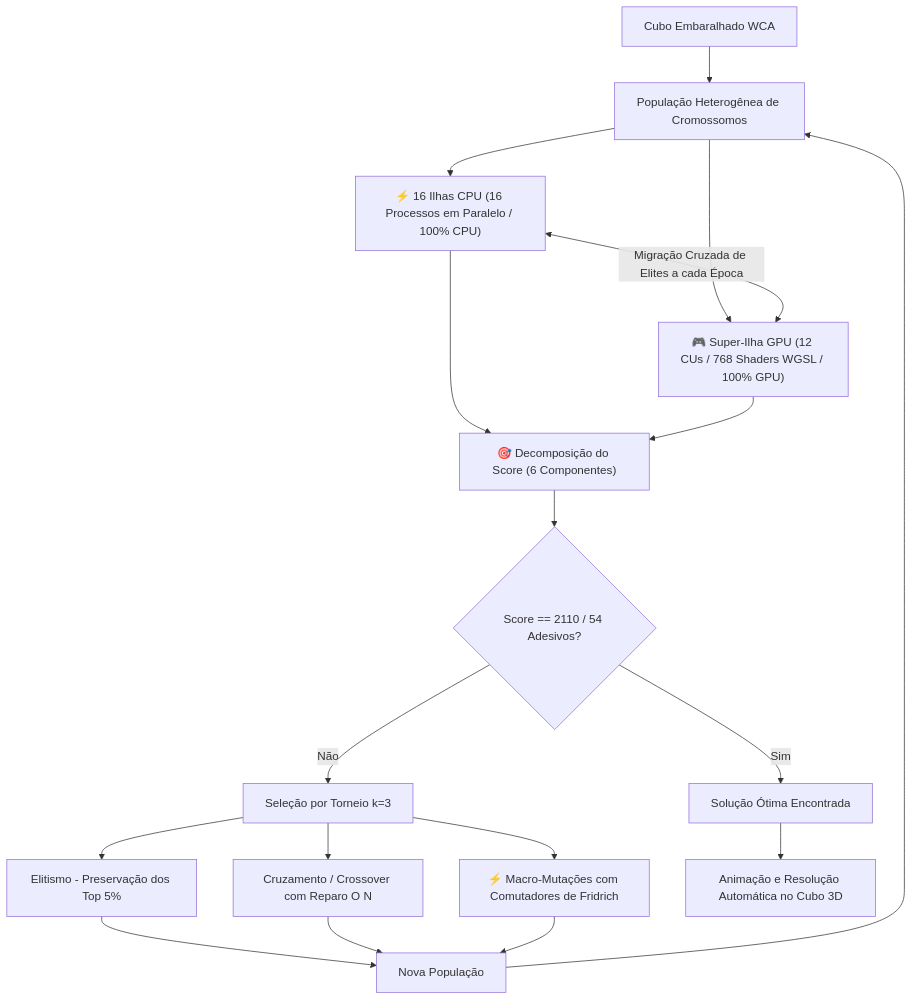
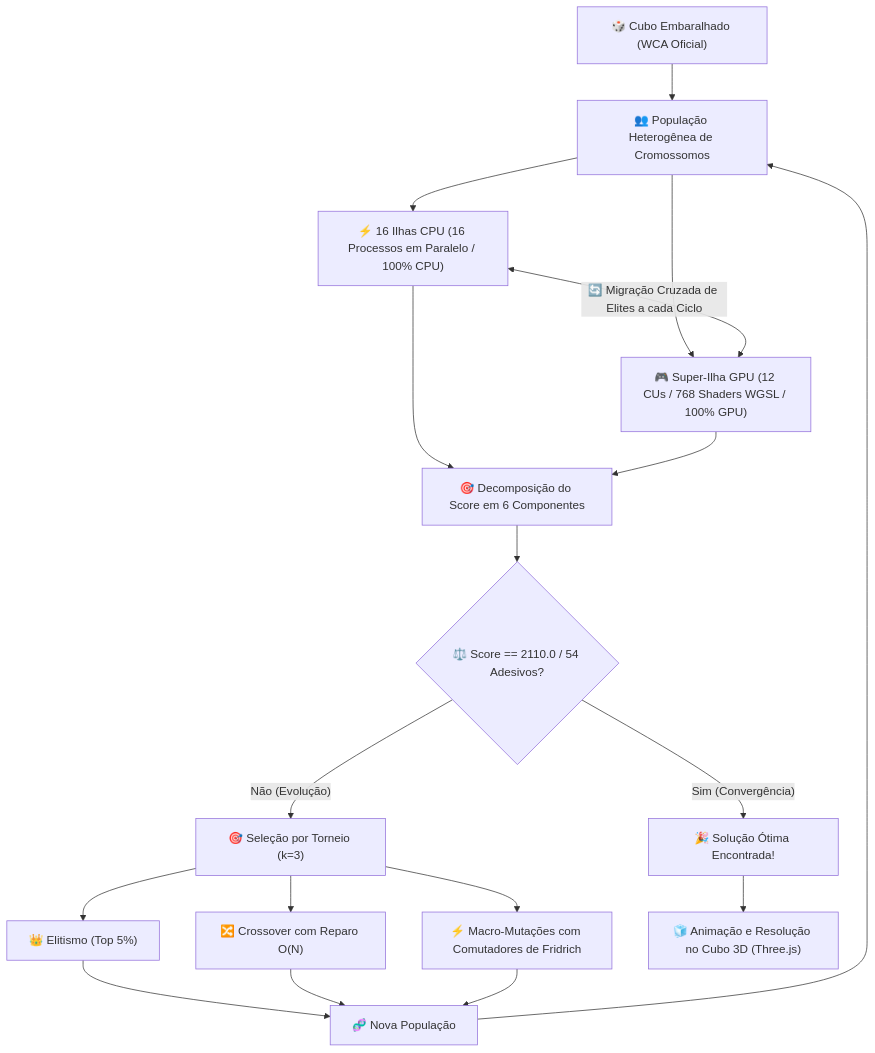
One commit to luiz0067yahoo/python-algoritmo-genetico-inteligencia-artificial-cubo-de-rubik changed the first of 2 diagrams in README.md. Above: the diagram before and after it, drawn with Mermaid. The commit also changed other lines of this file and 3 other files, not shown here.

````diff
--- a/README.md
+++ b/README.md
@@ -54,20 +62,20 @@
 ```mermaid
 graph TD
-    A[Cubo Embaralhado WCA] --> B[População Heterogênea de Cromossomos]
+    A["🎲 Cubo Embaralhado (WCA Oficial)"] --> B["👥 População Heterogênea de Cromossomos"]
     B --> C["⚡ 16 Ilhas CPU (16 Processos em Paralelo / 100% CPU)"]
     B --> D["🎮 Super-Ilha GPU (12 CUs / 768 Shaders WGSL / 100% GPU)"]
-    C <-->|Migração Cruzada de Elites a cada Época| D
-    C --> E["🎯 Decomposição do Score (6 Componentes)"]
+    C <-->|"🔄 Migração Cruzada de Elites a cada Ciclo"| D
+    C --> E["🎯 Decomposição do Score em 6 Componentes"]
     D --> E
-    E --> F{Score == 2110 / 54 Adesivos?}
-    F -- Sim --> G[Solução Ótima Encontrada]
-    F -- Não --> H[Seleção por Torneio k=3]
-    H --> I[Elitismo - Preservação dos Top 5%]
-    H --> J[Cruzamento / Crossover com Reparo O N]
+    E --> F{"⚖️ Score == 2110.0 / 54 Adesivos?"}
+    F -- "Sim (Convergência)" --> G["🎉 Solução Ótima Encontrada!"]
+    F -- "Não (Evolução)" --> H["🎯 Seleção por Torneio (k=3)"]
+    H --> I["👑 Elitismo (Top 5%)"]
+    H --> J["🔀 Crossover com Reparo O(N)"]
     H --> K["⚡ Macro-Mutações com Comutadores de Fridrich"]
-    I --> L[Nova População]
+    I --> L["🧬 Nova População"]
     J --> L
     K --> L
     L --> B
-    G --> M[Animação e Resolução Automática no Cubo 3D]
+    G --> M["🧊 Animação e Resolução no Cubo 3D (Three.js)"]
 ```
````
